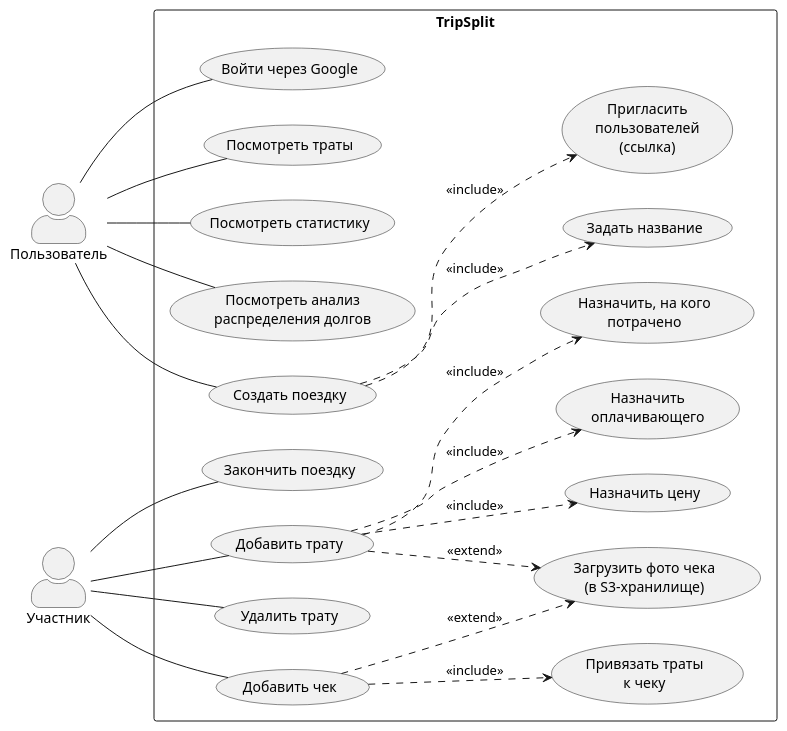
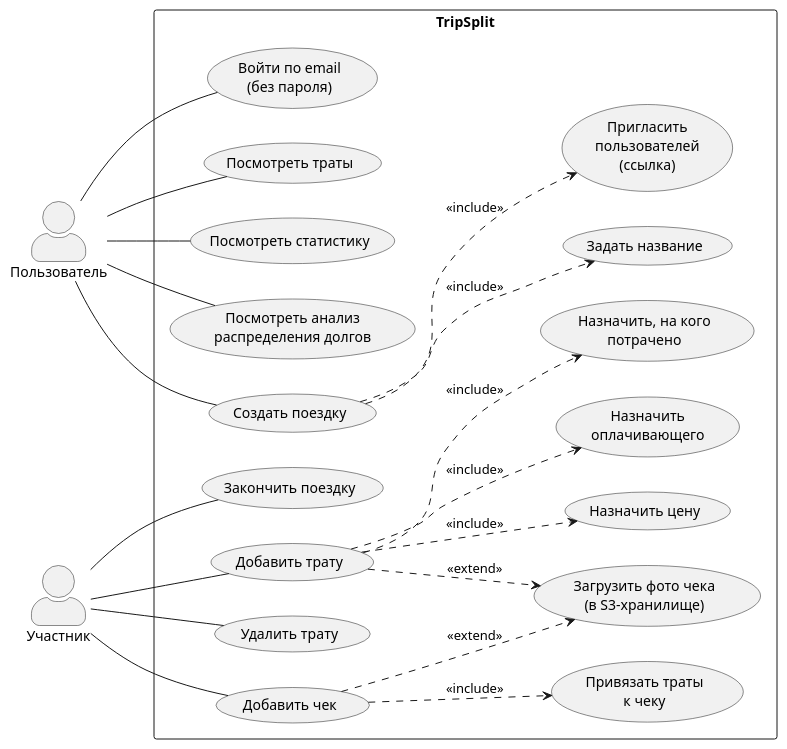
One commit to SashaKoretski/TripSplit changed the diagram in img/Use-case/Use-Case.puml. Above: the diagram before and after it, drawn with PlantUML. The commit also changed 22 other files, not shown here.

```diff
--- a/img/Use-case/Use-Case.puml
+++ b/img/Use-case/Use-Case.puml
@@ -1,53 +1,53 @@
 @startuml UseCase
 left to right direction
 skinparam packageStyle rectangle
 skinparam actorStyle awesome
 
 actor "Пользователь" as U
 actor "Участник" as P
 
 rectangle "TripSplit" {
     ' Пользователь
     usecase "Создать поездку" as UC_Create
     usecase "Задать название" as UC_Name
     usecase "Пригласить\nпользователей\n(ссылка)" as UC_Invite
-    usecase "Войти через Google" as UC_Login
+    usecase "Войти по email\n(без пароля)" as UC_Login
     usecase "Посмотреть траты" as UC_ViewExp
     usecase "Посмотреть статистику" as UC_Stats
     usecase "Посмотреть анализ\nраспределения долгов" as UC_Debts
 
     ' Участник
     usecase "Добавить трату" as UC_AddExp
     usecase "Назначить цену" as UC_Price
     usecase "Назначить\nоплачивающего" as UC_Payer
     usecase "Назначить, на кого\nпотрачено" as UC_Consumer
     usecase "Удалить трату" as UC_DelExp
     usecase "Добавить чек" as UC_AddRcp
     usecase "Загрузить фото чека\n(в S3-хранилище)" as UC_UploadImg
     usecase "Привязать траты\nк чеку" as UC_LinkRcp
     usecase "Закончить поездку" as UC_Finish
 
     ' Include-связи
     UC_Create ..> UC_Name      : <<include>>
     UC_Create ..> UC_Invite    : <<include>>
     UC_AddExp ..> UC_Price     : <<include>>
     UC_AddExp ..> UC_Payer     : <<include>>
     UC_AddExp ..> UC_Consumer  : <<include>>
     UC_AddRcp ..> UC_LinkRcp   : <<include>>
     UC_AddRcp ..> UC_UploadImg : <<extend>>
     UC_AddExp ..> UC_UploadImg : <<extend>>
 }
 
 ' Актор → варианты использования
 U -- UC_Login
 U -- UC_Create
 U -- UC_ViewExp
 U -- UC_Stats
 U -- UC_Debts
 
 P -- UC_AddExp
 P -- UC_DelExp
 P -- UC_AddRcp
 P -- UC_Finish
 
 @enduml
```
